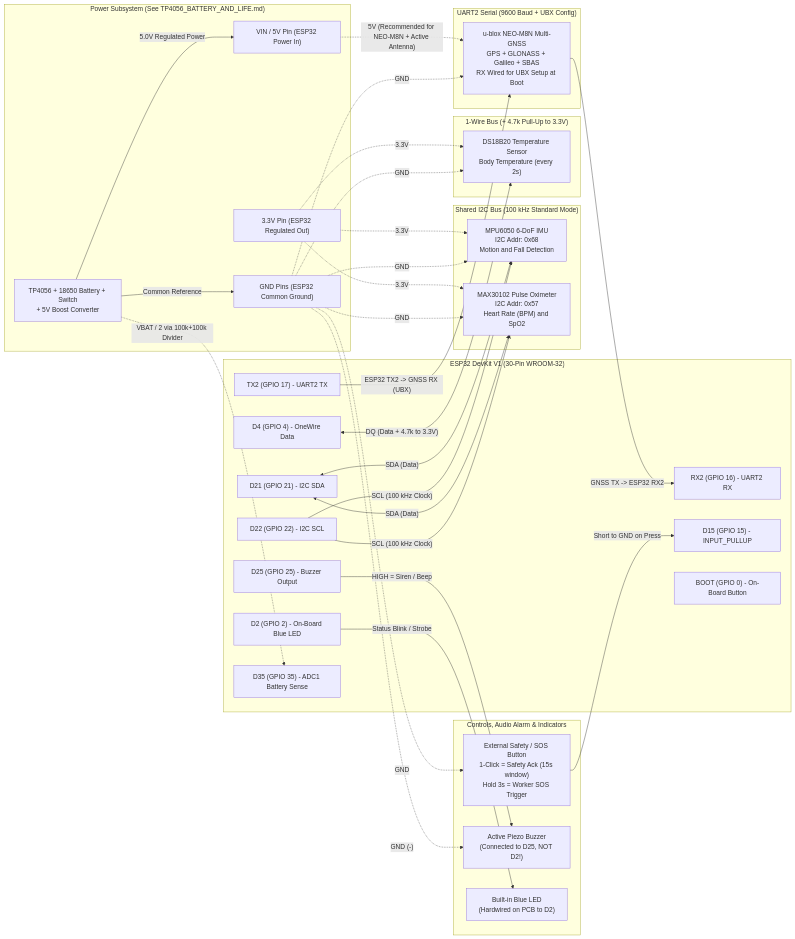
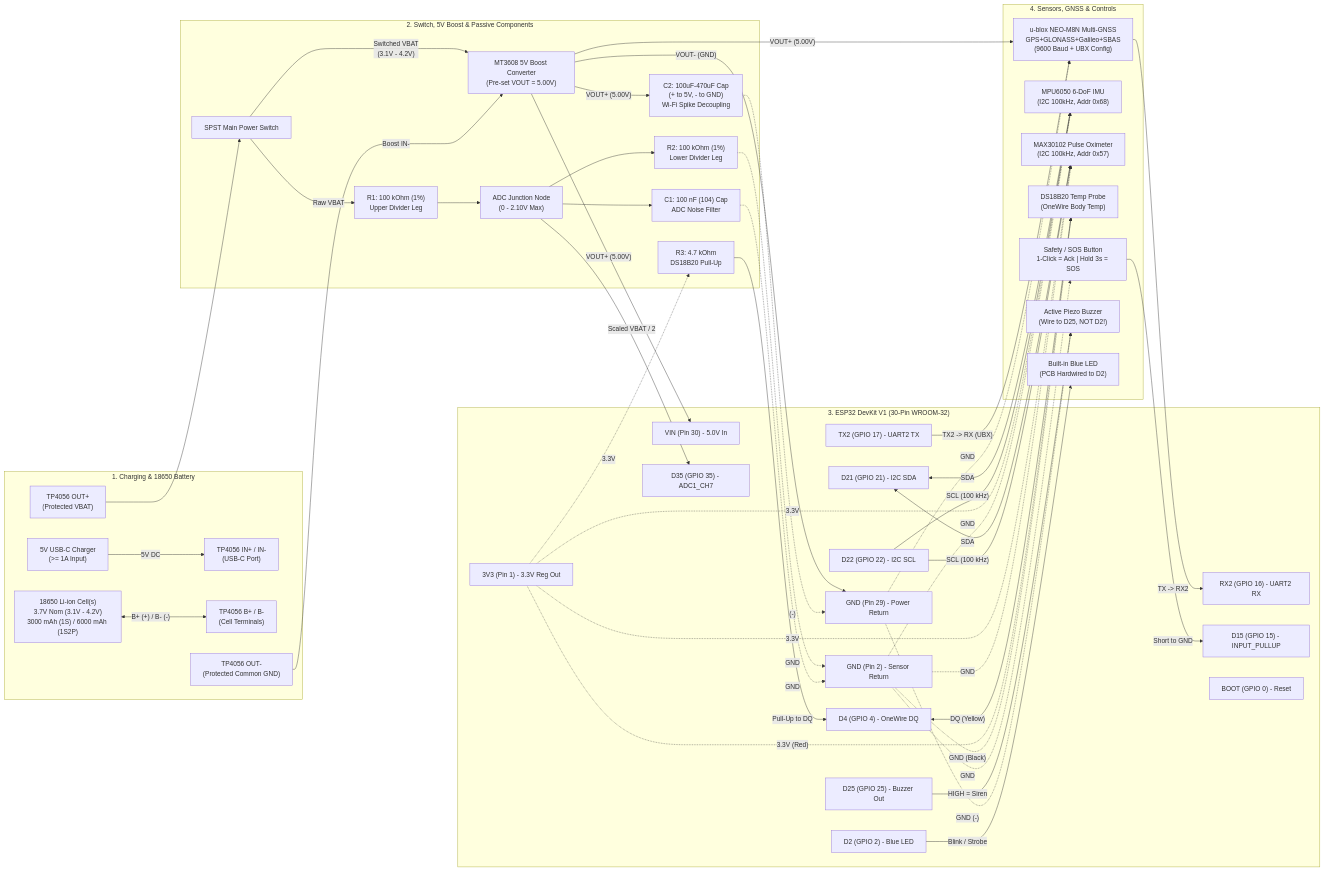
Before and after one commit to stagnantwater69/BevestV1: the first of 2 diagrams in firmware/esp32integration-gnss/WIRING_DIAGRAM.md, drawn with Mermaid. The commit also changed other lines of this file and 2 other files, not shown here.

````diff
--- a/firmware/esp32integration-gnss/WIRING_DIAGRAM.md
+++ b/firmware/esp32integration-gnss/WIRING_DIAGRAM.md
@@ -12,76 +9,103 @@
 ```mermaid
 flowchart LR
-    subgraph POWER["Power Subsystem (See TP4056_BATTERY_AND_LIFE.md)"]
-        BAT["TP4056 + 18650 Battery + Switch\n+ 5V Boost Converter"]
-        VCC33["3.3V Pin (ESP32 Regulated Out)"]
-        VIN5V["VIN / 5V Pin (ESP32 Power In)"]
-        GND["GND Pins (ESP32 Common Ground)"]
+    subgraph CHARGING["1. Charging & 18650 Battery"]
+        USBC["5V USB-C Charger\n(>= 1A Input)"]
+        BAT["18650 Li-ion Cell(s)\n3.7V Nom (3.1V - 4.2V)\n3000 mAh (1S) / 6000 mAh (1S2P)"]
+        TP_IN["TP4056 IN+ / IN-\n(USB-C Port)"]
+        TP_B["TP4056 B+ / B-\n(Cell Terminals)"]
+        TP_OUTP["TP4056 OUT+\n(Protected VBAT)"]
+        TP_OUTN["TP4056 OUT-\n(Protected Common GND)"]
     end
 
-    subgraph ESP32["ESP32 DevKit V1 (30-Pin WROOM-32)"]
+    subgraph REG["2. Switch, 5V Boost & Passive Components"]
+        SW["SPST Main Power Switch"]
+        BOOST["MT3608 5V Boost Converter\n(Pre-set VOUT = 5.00V)"]
+        C2["C2: 100uF-470uF Cap\n(+ to 5V, - to GND)\nWi-Fi Spike Decoupling"]
+        R1["R1: 100 kOhm (1%)\nUpper Divider Leg"]
+        MID["ADC Junction Node\n(0 - 2.10V Max)"]
+        R2["R2: 100 kOhm (1%)\nLower Divider Leg"]
+        C1["C1: 100 nF (104) Cap\nADC Noise Filter"]
+        R3["R3: 4.7 kOhm\nDS18B20 Pull-Up"]
+    end
+
+    subgraph ESP32["3. ESP32 DevKit V1 (30-Pin WROOM-32)"]
+        VIN5V["VIN (Pin 30) - 5.0V In"]
+        GNDR["GND (Pin 29) - Power Return"]
+        VCC33["3V3 (Pin 1) - 3.3V Reg Out"]
+        GNDL["GND (Pin 2) - Sensor Return"]
+        GPIO35["D35 (GPIO 35) - ADC1_CH7"]
         GPIO21["D21 (GPIO 21) - I2C SDA"]
         GPIO22["D22 (GPIO 22) - I2C SCL"]
         GPIO16["RX2 (GPIO 16) - UART2 RX"]
         GPIO17["TX2 (GPIO 17) - UART2 TX"]
-        GPIO4["D4 (GPIO 4) - OneWire Data"]
+        GPIO4["D4 (GPIO 4) - OneWire DQ"]
         GPIO15["D15 (GPIO 15) - INPUT_PULLUP"]
-        GPIO0["BOOT (GPIO 0) - On-Board Button"]
-        GPIO2["D2 (GPIO 2) - On-Board Blue LED"]
-        GPIO25["D25 (GPIO 25) - Buzzer Output"]
-        GPIO35["D35 (GPIO 35) - ADC1 Battery Sense"]
+        GPIO0["BOOT (GPIO 0) - Reset"]
+        GPIO2["D2 (GPIO 2) - Blue LED"]
+        GPIO25["D25 (GPIO 25) - Buzzer Out"]
     end
 
-    subgraph I2C_SENSORS["Shared I2C Bus (100 kHz Standard Mode)"]
-        MPU["MPU6050 6-DoF IMU\nI2C Addr: 0x68\nMotion and Fall Detection"]
-        MAX["MAX30102 Pulse Oximeter\nI2C Addr: 0x57\nHeart Rate (BPM) and SpO2"]
+    subgraph SENSORS["4. Sensors, GNSS & Controls"]
+        GNSS["u-blox NEO-M8N Multi-GNSS\nGPS+GLONASS+Galileo+SBAS\n(9600 Baud + UBX Config)"]
+        MPU["MPU6050 6-DoF IMU\n(I2C 100kHz, Addr 0x68)"]
+        MAX["MAX30102 Pulse Oximeter\n(I2C 100kHz, Addr 0x57)"]
+        DS18["DS18B20 Temp Probe\n(OneWire Body Temp)"]
+        SOS["Safety / SOS Button\n1-Click = Ack | Hold 3s = SOS"]
+        BUZ["Active Piezo Buzzer\n(Wire to D25, NOT D2!)"]
+        LED["Built-in Blue LED\n(PCB Hardwired to D2)"]
     end
 
-    subgraph UART_GNSS["UART2 Serial (9600 Baud + UBX Config)"]
-        GNSS["u-blox NEO-M8N Multi-GNSS\nGPS + GLONASS + Galileo + SBAS\nRX Wired for UBX Setup at Boot"]
-    end
+    %% Charging & Protected Output
+    USBC -->|"5V DC"| TP_IN
+    BAT <-->|"B+ (+) / B- (-)"| TP_B
+    TP_OUTP --> SW
 
-    subgraph ONEWIRE_TEMP["1-Wire Bus (+ 4.7k Pull-Up to 3.3V)"]
-        DS18["DS18B20 Temperature Sensor\nBody Temperature (every 2s)"]
-    end
+    %% Power Path (Boost to 5.0V)
+    SW -->|"Switched VBAT\n(3.1V - 4.2V)"| BOOST
+    TP_OUTN -->|"Boost IN-"| BOOST
+    BOOST -->|"VOUT+ (5.00V)"| VIN5V
+    BOOST -->|"VOUT+ (5.00V)"| C2
+    BOOST -->|"VOUT+ (5.00V)"| GNSS
+    BOOST -->|"VOUT- (GND)"| GNDR
+    C2 -.->|"(-)"| GNDR
 
-    subgraph IO_CONTROLS["Controls, Audio Alarm & Indicators"]
-        SOS["External Safety / SOS Button\n1-Click = Safety Ack (15s window)\nHold 3s = Worker SOS Trigger"]
-        BUZ["Active Piezo Buzzer\n(Connected to D25, NOT D2!)"]
-        LED["Built-in Blue LED\n(Hardwired on PCB to D2)"]
-    end
+    %% Battery Voltage Divider (Tapped BEFORE Boost!)
+    SW -->|"Raw VBAT"| R1
+    R1 --> MID
+    MID -->|"Scaled VBAT / 2"| GPIO35
+    MID --> R2
+    MID --> C1
+    R2 -.->|"GND"| GNDL
+    C1 -.->|"GND"| GNDL
 
-    %% Power Connections
-    BAT -->|"5.0V Regulated Power"| VIN5V
-    BAT -.->|"VBAT / 2 via 100k+100k Divider"| GPIO35
-    BAT -->|"Common Reference"| GND
+    %% Shared I2C Bus (100 kHz Standard Mode)
+    GPIO21 <-->|"SDA"| MPU
+    GPIO21 <-->|"SDA"| MAX
+    GPIO22 -->|"SCL (100 kHz)"| MPU
+    GPIO22 -->|"SCL (100 kHz)"| MAX
 
-    %% I2C Connections (100 kHz)
-    GPIO21 <-->|"SDA (Data)"| MPU
-    GPIO21 <-->|"SDA (Data)"| MAX
-    GPIO22 -->|"SCL (100 kHz Clock)"| MPU
-    GPIO22 -->|"SCL (100 kHz Clock)"| MAX
+    %% Multi-GNSS UART2 (RX2 & TX2 both required)
+    GNSS -->|"TX -> RX2"| GPIO16
+    GPIO17 -->|"TX2 -> RX (UBX)"| GNSS
 
-    %% GNSS UART Connections (Both RX2 and TX2 required for NEO-M8N UBX commands)
-    GNSS -->|"GNSS TX -> ESP32 RX2"| GPIO16
-    GPIO17 -->|"ESP32 TX2 -> GNSS RX (UBX)"| GNSS
+    %% DS18B20 + 4.7k Pull-Up Resistor
+    VCC33 -.->|"3.3V"| R3
+    R3 -->|"Pull-Up to DQ"| GPIO4
+    GPIO4 <-->|"DQ (Yellow)"| DS18
 
-    %% Temperature Connection
-    GPIO4 <-->|"DQ (Data + 4.7k to 3.3V)"| DS18
+    %% Buttons, LED & Buzzer
+    SOS -->|"Short to GND"| GPIO15
+    GPIO2 -->|"Blink / Strobe"| LED
+    GPIO25 -->|"HIGH = Siren"| BUZ
 
-    %% Buttons & Indicators
-    SOS -->|"Short to GND on Press"| GPIO15
-    GPIO2 -->|"Status Blink / Strobe"| LED
-    GPIO25 -->|"HIGH = Siren / Beep"| BUZ
-
-    %% Power & Ground Distribution
+    %% 3.3V Power & Split Grounds (Pin 2 & Pin 29 share internal 0-Ohm PCB plane)
     VCC33 -.->|"3.3V"| MPU
     VCC33 -.->|"3.3V"| MAX
-    VIN5V -.->|"5V (Recommended for NEO-M8N + Active Antenna)"| GNSS
-    VCC33 -.->|"3.3V"| DS18
-    GND -.->|"GND"| MPU
-    GND -.->|"GND"| MAX
-    GND -.->|"GND"| GNSS
-    GND -.->|"GND"| DS18
-    GND -.->|"GND"| SOS
-    GND -.->|"GND (-)"| BUZ
+    VCC33 -.->|"3.3V (Red)"| DS18
+    GNDL -.->|"GND"| MPU
+    GNDL -.->|"GND"| MAX
+    GNDL -.->|"GND (Black)"| DS18
+    GNDL -.->|"GND"| SOS
+    GNDR -.->|"GND"| GNSS
+    GNDR -.->|"GND (-)"| BUZ
 ```
````
